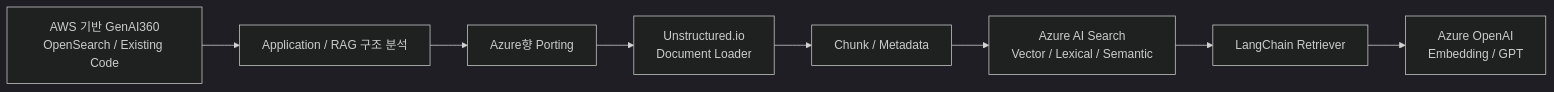
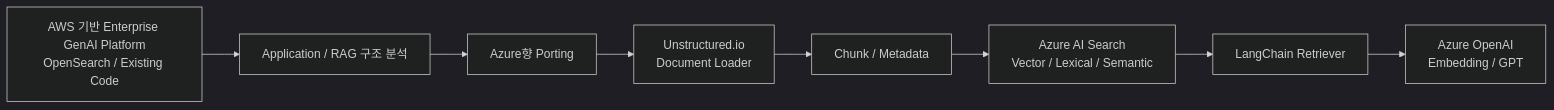
The first of 2 diagrams in content/03_PROJECTS/2024-genai360.md (min-ser/min-ser.github.io), drawn with Mermaid (dark theme) before and after one commit. The commit also changed other lines of this file and 34 other files, not shown here.

````diff
--- a/content/03_PROJECTS/2024-genai360.md
+++ b/content/03_PROJECTS/2024-genai360.md
@@ -20,10 +20,10 @@
 ```mermaid
 flowchart LR
- AWS[AWS 기반 GenAI360\nOpenSearch / Existing Code] --> ANALYZE[Application / RAG 구조 분석]
+ AWS[AWS 기반 Enterprise GenAI Platform\nOpenSearch / Existing Code] --> ANALYZE[Application / RAG 구조 분석]
  ANALYZE --> PORT[Azure향 Porting]
  PORT --> LOAD[Unstructured.io\nDocument Loader]
  LOAD --> SPLIT[Chunk / Metadata]
  SPLIT --> SEARCH[Azure AI Search\nVector / Lexical / Semantic]
  SEARCH --> RET[LangChain Retriever]
  RET --> AOAI[Azure OpenAI\nEmbedding / GPT]
 ```
````
